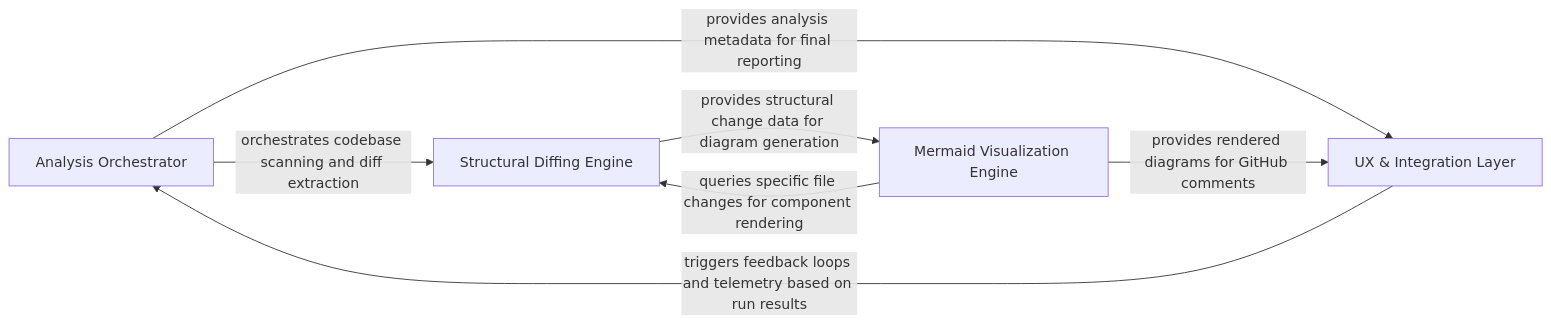
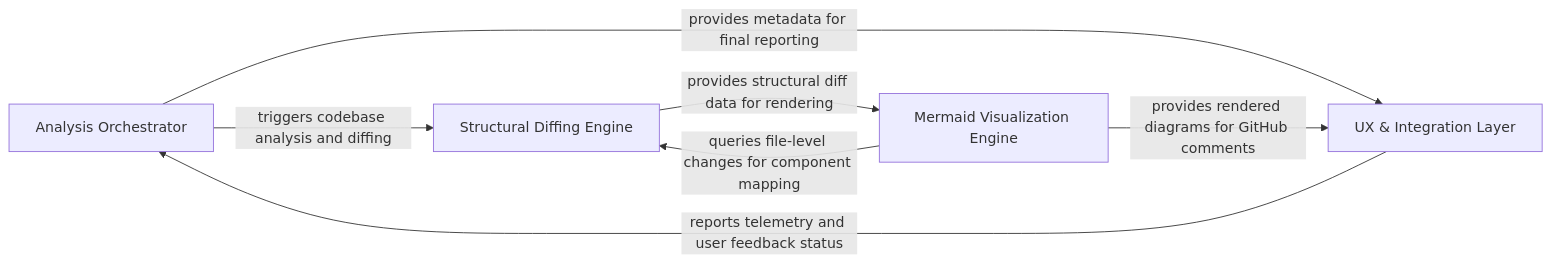
One commit to CodeBoarding/CodeBoarding-action changed the diagram in .codeboarding/overview.md. Above: the diagram before and after it, drawn with Mermaid. The commit also changed other lines of this file and 5 other files, not shown here.

Commit message:
chore(codeboarding): sync architecture baseline

````diff
--- a/.codeboarding/overview.md
+++ b/.codeboarding/overview.md
@@ -1,17 +1,17 @@
 ```mermaid
 graph LR
     Analysis_Orchestrator["Analysis Orchestrator"]
     Structural_Diffing_Engine["Structural Diffing Engine"]
     Mermaid_Visualization_Engine["Mermaid Visualization Engine"]
     UX_Integration_Layer["UX & Integration Layer"]
-    Analysis_Orchestrator -- "orchestrates codebase scanning and diff extraction" --> Structural_Diffing_Engine
-    Analysis_Orchestrator -- "provides analysis metadata for final reporting" --> UX_Integration_Layer
-    Structural_Diffing_Engine -- "provides structural change data for diagram generation" --> Mermaid_Visualization_Engine
-    Mermaid_Visualization_Engine -- "queries specific file changes for component rendering" --> Structural_Diffing_Engine
+    Analysis_Orchestrator -- "triggers codebase analysis and diffing" --> Structural_Diffing_Engine
+    Analysis_Orchestrator -- "provides metadata for final reporting" --> UX_Integration_Layer
+    Structural_Diffing_Engine -- "provides structural diff data for rendering" --> Mermaid_Visualization_Engine
+    Mermaid_Visualization_Engine -- "queries file-level changes for component mapping" --> Structural_Diffing_Engine
     Mermaid_Visualization_Engine -- "provides rendered diagrams for GitHub comments" --> UX_Integration_Layer
-    UX_Integration_Layer -- "triggers feedback loops and telemetry based on run results" --> Analysis_Orchestrator
+    UX_Integration_Layer -- "reports telemetry and user feedback status" --> Analysis_Orchestrator
     click Analysis_Orchestrator href "https://github.com/CodeBoarding/CodeBoarding-action/blob/main/.codeboarding/Analysis_Orchestrator.md" "Details"
     click Structural_Diffing_Engine href "https://github.com/CodeBoarding/CodeBoarding-action/blob/main/.codeboarding/Structural_Diffing_Engine.md" "Details"
     click Mermaid_Visualization_Engine href "https://github.com/CodeBoarding/CodeBoarding-action/blob/main/.codeboarding/Mermaid_Visualization_Engine.md" "Details"
     click UX_Integration_Layer href "https://github.com/CodeBoarding/CodeBoarding-action/blob/main/.codeboarding/UX_Integration_Layer.md" "Details"
 ```
````
